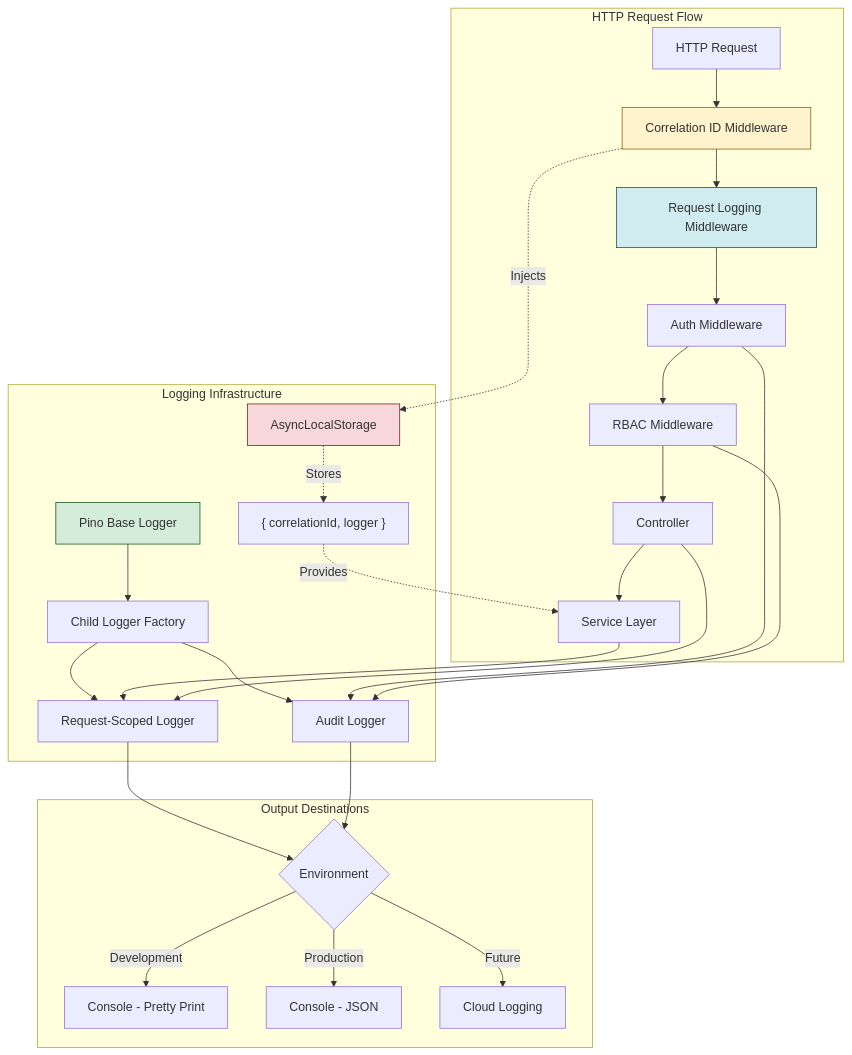
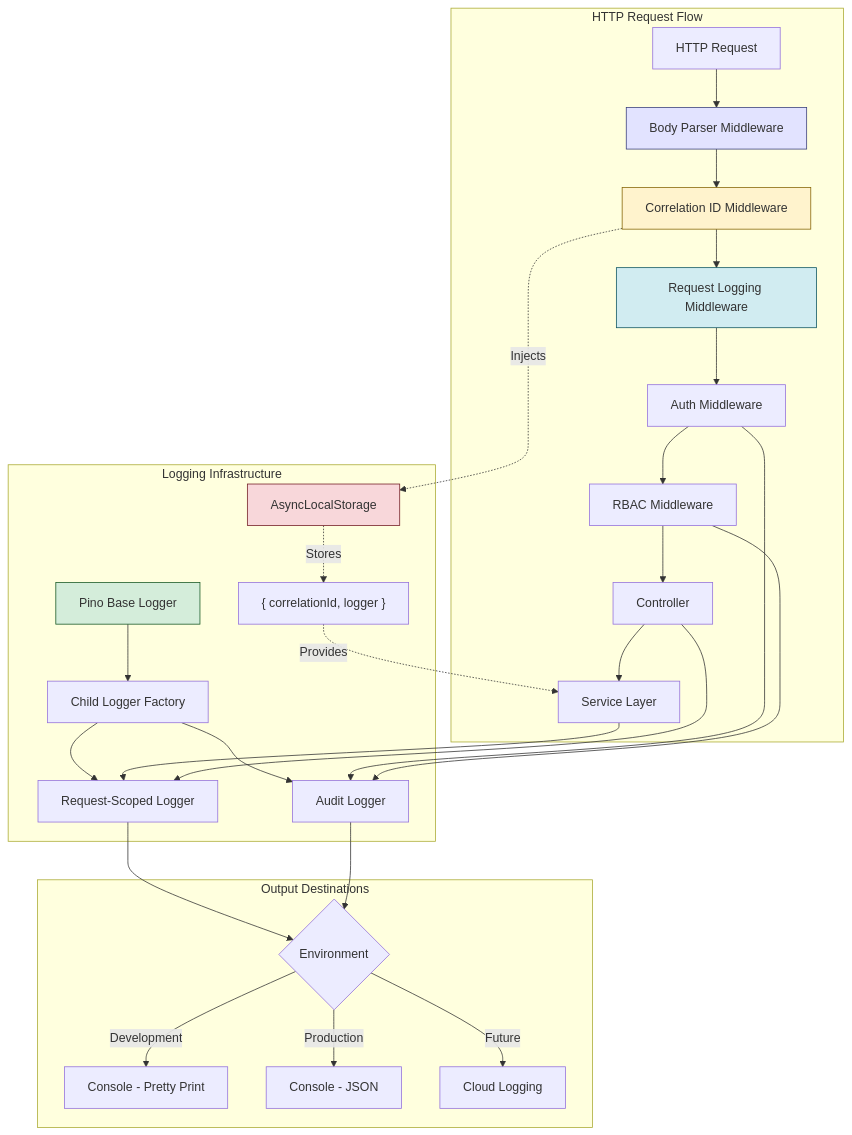
One commit to csim-sg/yacc changed the diagram in .docs/adr/ADR-004-logging-strategy.md. Above: the diagram before and after it, drawn with Mermaid. The commit also changed other lines of this file and 10 other files, not shown here.

````diff
--- a/.docs/adr/ADR-004-logging-strategy.md
+++ b/.docs/adr/ADR-004-logging-strategy.md
@@ -73,39 +73,41 @@
 ```mermaid
 graph TB
     subgraph "HTTP Request Flow"
-        Request[HTTP Request] --> CorrID[Correlation ID Middleware]
+        Request[HTTP Request] --> BodyParser[Body Parser Middleware]
+        BodyParser --> CorrID[Correlation ID Middleware]
         CorrID --> ReqLog[Request Logging Middleware]
         ReqLog --> Auth[Auth Middleware]
         Auth --> RBAC[RBAC Middleware]
         RBAC --> Controller[Controller]
         Controller --> Service[Service Layer]
     end
     
     subgraph "Logging Infrastructure"
         CorrID -.Injects.-> AsyncStore[AsyncLocalStorage]
         AsyncStore -.Stores.-> Context["{ correlationId, logger }"]
         
         BaseLogger[Pino Base Logger] --> ChildLogger[Child Logger Factory]
         ChildLogger --> RequestLogger[Request-Scoped Logger]
         ChildLogger --> AuditLogger[Audit Logger]
         
         Context -.Provides.-> Service
         Service --> RequestLogger
         Controller --> RequestLogger
         Auth --> AuditLogger
         RBAC --> AuditLogger
     end
     
     subgraph "Output Destinations"
         RequestLogger --> Output{Environment}
         AuditLogger --> Output
         Output -->|Development| PrettyPrint[Console - Pretty Print]
         Output -->|Production| JSON[Console - JSON]
         Output -->|Future| Cloud[Cloud Logging]
     end
     
+    style BodyParser fill:#e2e3ff,stroke:#383d7a
     style CorrID fill:#fff3cd,stroke:#856404
     style ReqLog fill:#d1ecf1,stroke:#0c5460
     style BaseLogger fill:#d4edda,stroke:#155724
     style AsyncStore fill:#f8d7da,stroke:#721c24
 ```
````
